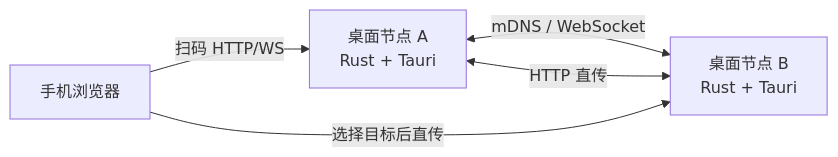
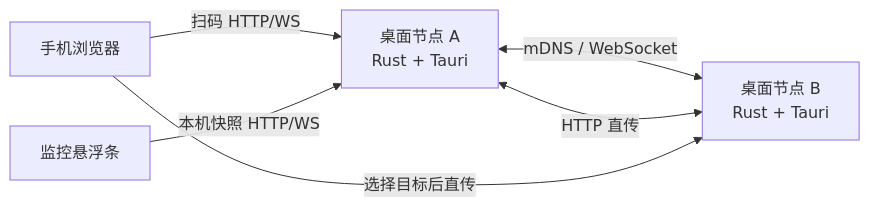
Before and after one commit to yangjinming1062/MeshShare: the first of 4 diagrams in docs/ARCHITECTURE_MAP.md, drawn with Mermaid. The commit also changed other lines of this file and 18 other files, not shown here.

````diff
--- a/docs/ARCHITECTURE_MAP.md
+++ b/docs/ARCHITECTURE_MAP.md
@@ -5,7 +5,8 @@
 ```mermaid
 flowchart LR
   A[桌面节点 A\nRust + Tauri] <-->|mDNS / WebSocket| B[桌面节点 B\nRust + Tauri]
   A <-->|HTTP 直传| B
   P[手机浏览器] -->|扫码 HTTP/WS| A
   P -->|选择目标后直传| B
+  M[监控悬浮条] -->|本机快照 HTTP/WS| A
 ```
````
